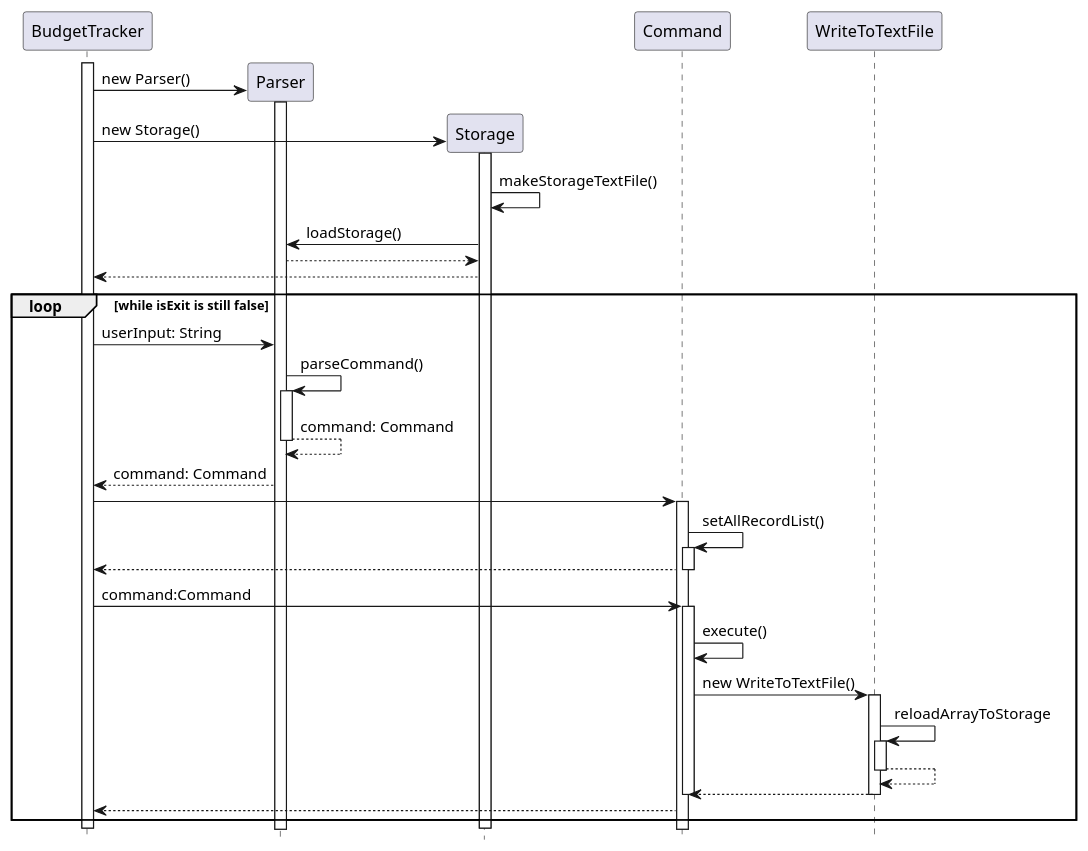
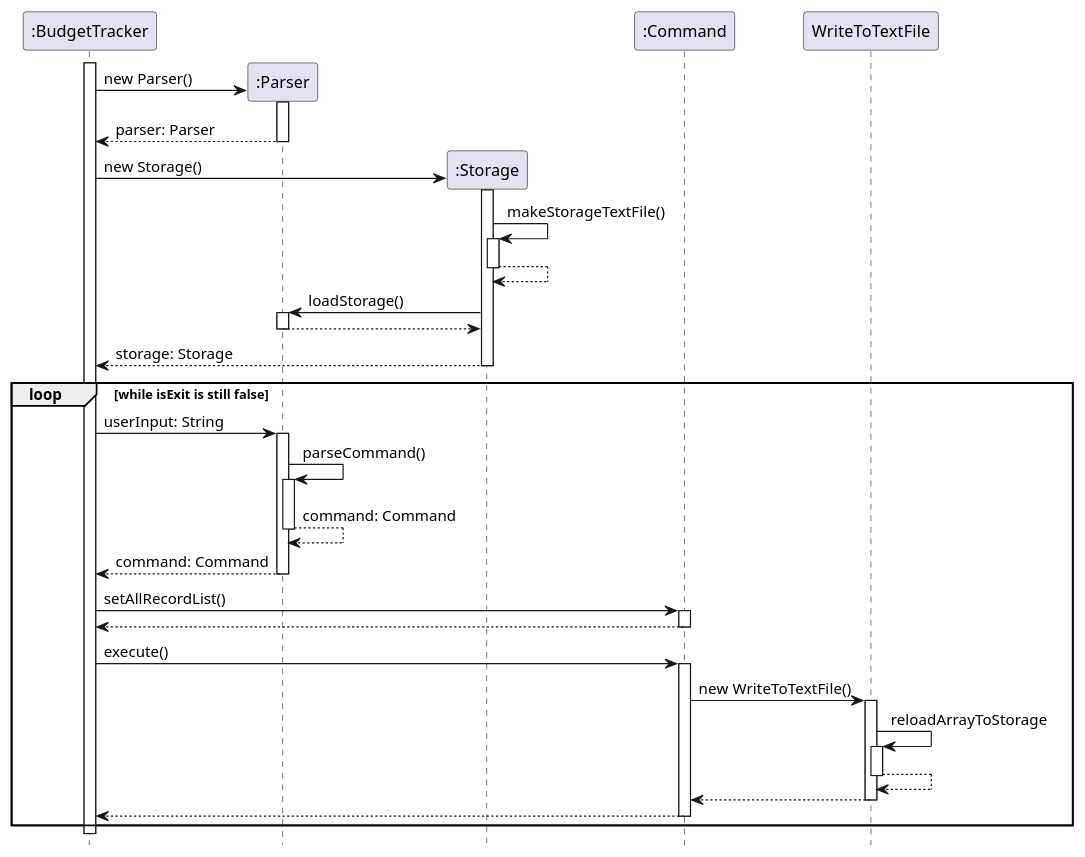
One commit to nus-cs2113-AY2122S1/tp changed the diagram in docs/diagrams/Storage-Sequence_Diagram.puml. Above: the diagram before and after it, drawn with PlantUML.

Commit message:
puml ammendment

```diff
--- a/docs/diagrams/Storage-Sequence_Diagram.puml
+++ b/docs/diagrams/Storage-Sequence_Diagram.puml
@@ -1,73 +1,84 @@
 @startuml
 'https://plantuml.com/sequence-diagram
 hide footbox
 
-activate BudgetTracker
+activate ":BudgetTracker"
 
-create Parser
-BudgetTracker -> Parser: new Parser()
-activate Parser
+create ":Parser"
 
-create Storage
+":BudgetTracker" -> ":Parser": new Parser()
+activate ":Parser"
+":BudgetTracker" <-- ":Parser" : parser: Parser
+deactivate ":Parser"
 
-BudgetTracker -> Storage: new Storage()
-activate Storage
+create ":Storage"
 
-Storage -> Storage: makeStorageTextFile()
+":BudgetTracker" -> ":Storage": new Storage()
+activate ":Storage"
 
-Storage -> Parser: loadStorage()
 
-Parser --> Storage
+":Storage" -> ":Storage": makeStorageTextFile()
+activate ":Storage"
+":Storage" --> ":Storage"
+deactivate ":Storage"
 
-Storage --> BudgetTracker
+
+":Storage" -> ":Parser": loadStorage()
+activate ":Parser"
+":Parser" --> ":Storage"
+deactivate ":Parser"
+
+":BudgetTracker" <-- ":Storage": storage: Storage
+deactivate ":Storage"
 
 loop while isExit is still false
-    BudgetTracker -> Parser: userInput: String
+    ":BudgetTracker" -> ":Parser": userInput: String
+    activate ":Parser"
 
-    Parser -> Parser: parseCommand()
-    activate Parser
-    Parser --> Parser: command: Command
-    deactivate Parser
 
-    Parser --> BudgetTracker: command: Command
+    ":Parser" -> ":Parser": parseCommand()
+    activate ":Parser"
+    ":Parser" --> ":Parser": command: Command
 
-    BudgetTracker -> Command
-    activate Command
-    Command -> Command: setAllRecordList()
+    deactivate ":Parser"
 
-    activate Command
+    ":Parser" --> ":BudgetTracker": command: Command
+    deactivate ":Parser"
 
-    Command --> BudgetTracker
-    deactivate Command
+    ":BudgetTracker" -> ":Command": setAllRecordList()
 
-    BudgetTracker -> Command: command:Command
 
-    activate Command
+    activate ":Command"
 
-    Command -> Command: execute()
+    ":Command" --> ":BudgetTracker"
+    deactivate ":Command"
 
-    Command -> WriteToTextFile: new WriteToTextFile()
+    ":BudgetTracker" -> ":Command": execute()
+
+    activate ":Command"
+
+
+    ":Command" -> WriteToTextFile: new WriteToTextFile()
     activate WriteToTextFile
 
     WriteToTextFile -> WriteToTextFile: reloadArrayToStorage
     activate WriteToTextFile
 
     WriteToTextFile --> WriteToTextFile
 
     deactivate WriteToTextFile
 
 
-    WriteToTextFile --> Command
+    WriteToTextFile --> ":Command"
     deactivate WriteToTextFile
-    deactivate Command
 
-    Command --> BudgetTracker
+
+    ":Command" --> ":BudgetTracker"
+    deactivate ":Command"
 
 end
 
-deactivate Storage
-
-deactivate BudgetTracker
+deactivate ":BudgetTracker"
 
 
 @enduml
```
